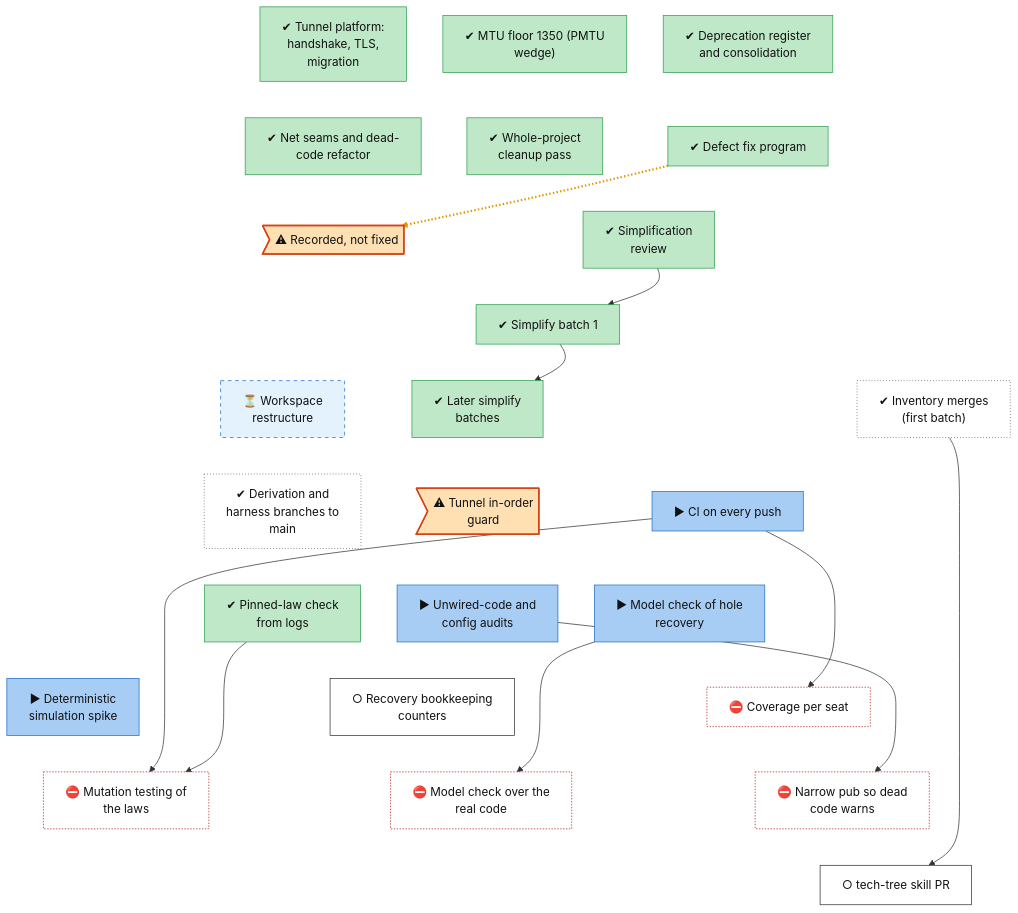
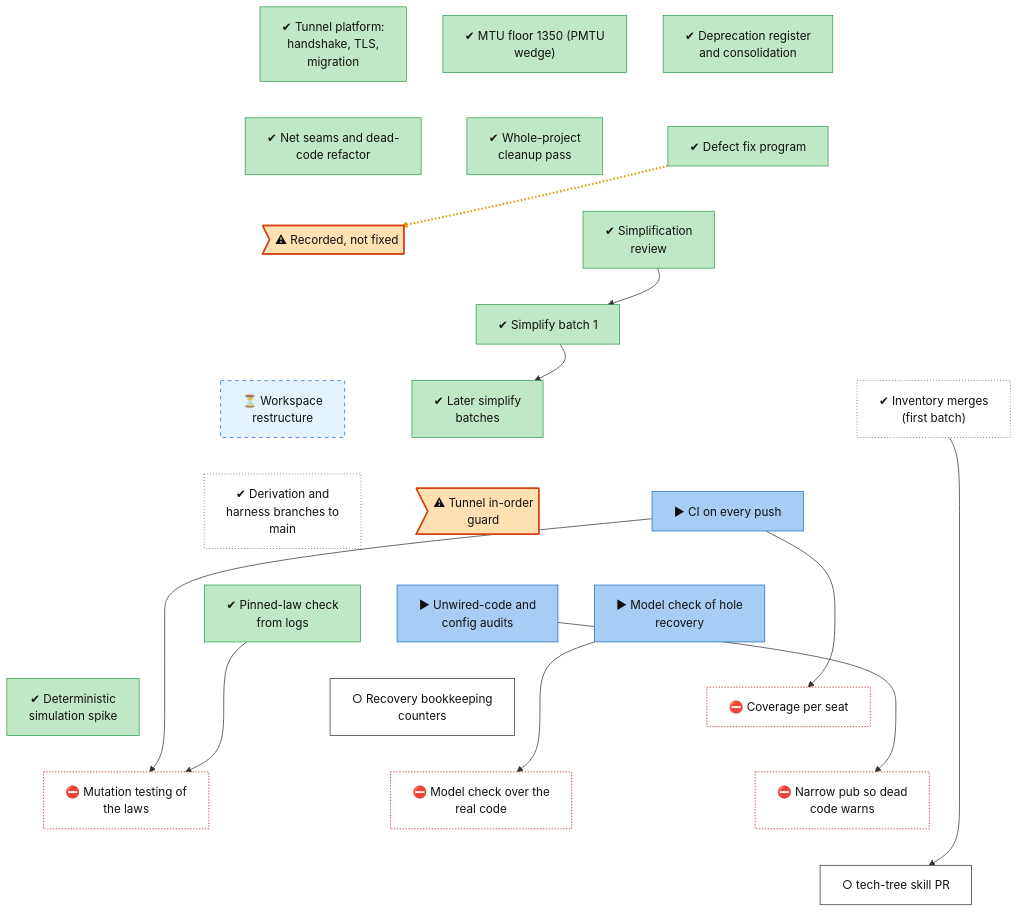
The diagram in docs/roadmap/tracks/infra.md (lhns/raptorpath), drawn with Mermaid before and after one commit. The commit also changed other lines of this file and 3 other files, not shown here.

Commit message:
roadmap: deterministic simulation spike done, feasible with changes (sim-spike ed8405fb)

````diff
--- a/docs/roadmap/tracks/infra.md
+++ b/docs/roadmap/tracks/infra.md
@@ -27,7 +27,7 @@
     infra_test_static_audits["▶ Unwired-code and<br/>config audits"]
     infra_test_pinned_law_check["✔ Pinned-law check<br/>from logs"]
     infra_test_recovery_model["▶ Model check of hole<br/>recovery"]
-    infra_test_sim_spike["▶ Deterministic<br/>simulation spike"]
+    infra_test_sim_spike["✔ Deterministic<br/>simulation spike"]
     infra_test_recovery_counters["○ Recovery bookkeeping<br/>counters"]
     infra_test_seat_coverage["⛔ Coverage per seat"]
     infra_test_mutation["⛔ Mutation testing of<br/>the laws"]
@@ -83,11 +83,11 @@
     classDef userdec fill:#d9c2f0,stroke:#7b3fb5,color:#111
     classDef defect fill:#ffe0b2,stroke:#d84315,stroke-width:2px,color:#111
     classDef waiting fill:#e3f2fd,stroke:#1f6fc5,stroke-dasharray:5 5,color:#111
-    class infra_early_platform,infra_mtu_floor,infra_consolidation,infra_net_seams,infra_cleanup_0927,infra_fix_program,infra_simplify_review,infra_simplify_batch1,infra_simplify_batch2,infra_test_pinned_law_check succ
+    class infra_early_platform,infra_mtu_floor,infra_consolidation,infra_net_seams,infra_cleanup_0927,infra_fix_program,infra_simplify_review,infra_simplify_batch1,infra_simplify_batch2,infra_test_pinned_law_check,infra_test_sim_spike succ
     class infra_defect_recorded_not_fixed,infra_tunnel_inorder_guard defect
     class infra_restructure waiting
     class infra_inventory_merges,infra_derivation_merges unrated
-    class infra_test_ci_gate,infra_test_static_audits,infra_test_recovery_model,infra_test_sim_spike inprog
+    class infra_test_ci_gate,infra_test_static_audits,infra_test_recovery_model inprog
     class infra_test_recovery_counters,infra_tech_tree_skill next
     class infra_test_seat_coverage,infra_test_mutation,infra_test_model_real_decisions,infra_test_pub_narrowing blocked
 ```
````
